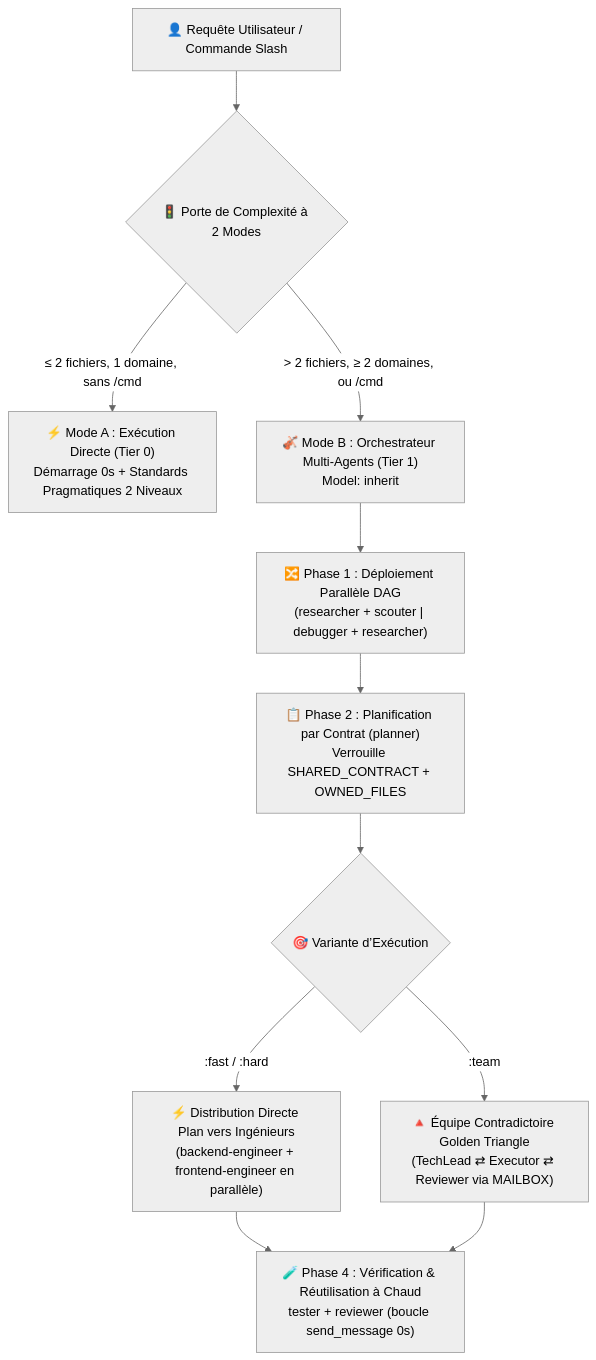
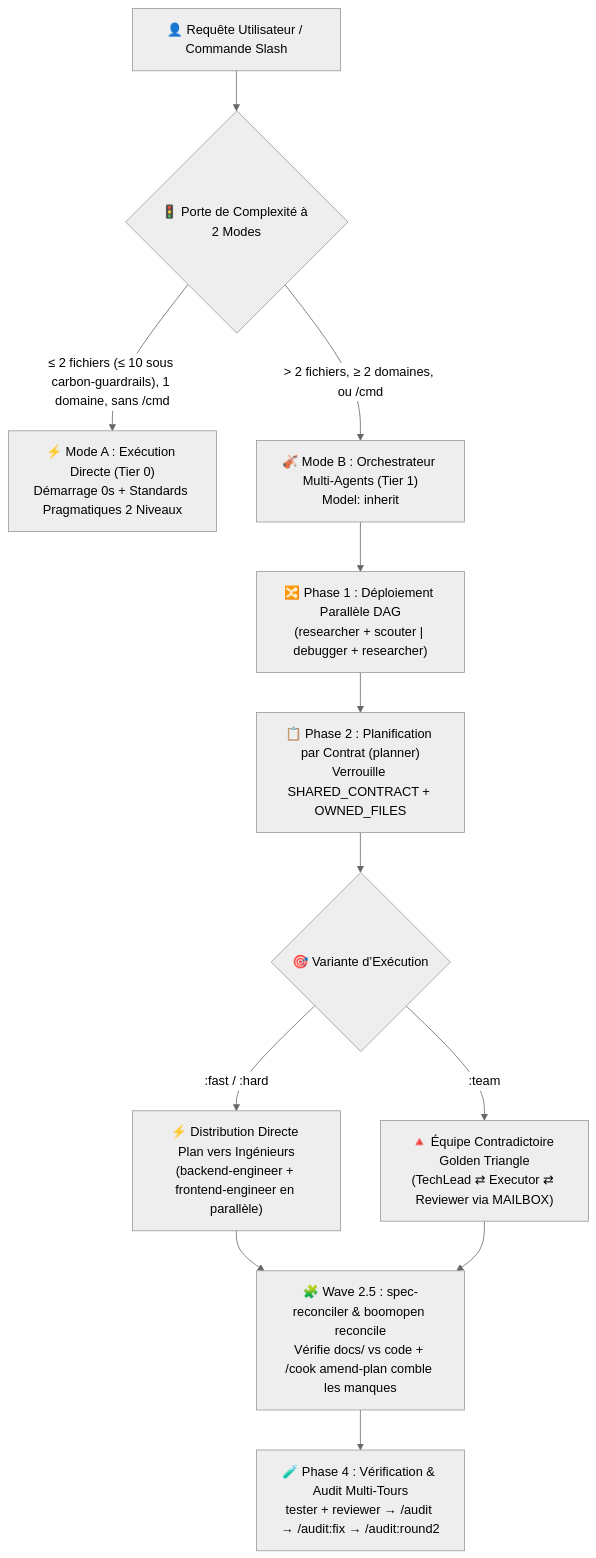
The diagram in i18n/README.fr.md (Kennyboom/BoomOpen-Workflow-Kit-Pro), drawn with Mermaid (neutral theme) before and after one commit. The commit also changed other lines of this file and 17 other files, not shown here.

Commit message:
docs(i18n): sync all 17 READMEs with v5.5 reconcile, /audit, carbon-guardrails & overnight /goal prompt

````diff
--- a/i18n/README.fr.md
+++ b/i18n/README.fr.md
@@ -49,16 +49,17 @@
 ```mermaid
 flowchart TD
     User["👤 Requête Utilisateur / Commande Slash"] --> Gate{"🚦 Porte de Complexité à 2 Modes"}
-    Gate -->|"≤ 2 fichiers, 1 domaine, sans /cmd"| ModeA["⚡ Mode A : Exécution Directe (Tier 0)<br/>Démarrage 0s + Standards Pragmatiques 2 Niveaux"]
+    Gate -->|"≤ 2 fichiers (≤ 10 sous carbon-guardrails), 1 domaine, sans /cmd"| ModeA["⚡ Mode A : Exécution Directe (Tier 0)<br/>Démarrage 0s + Standards Pragmatiques 2 Niveaux"]
     Gate -->|"> 2 fichiers, ≥ 2 domaines, ou /cmd"| ModeB["🎻 Mode B : Orchestrateur Multi-Agents (Tier 1)<br/>Model: inherit"]
 
     ModeB --> FanOut["🔀 Phase 1 : Déploiement Parallèle DAG<br/>(researcher + scouter | debugger + researcher)"]
     FanOut --> Plan["📋 Phase 2 : Planification par Contrat (planner)<br/>Verrouille SHARED_CONTRACT + OWNED_FILES"]
     Plan --> Dispatch{"🎯 Variante d’Exécution"}
 
     Dispatch -->|":fast / :hard"| Direct["⚡ Distribution Directe Plan vers Ingénieurs<br/>(backend-engineer + frontend-engineer en parallèle)"]
     Dispatch -->|":team"| Triangle["🔺 Équipe Contradictoire Golden Triangle<br/>(TechLead ⇄ Executor ⇄ Reviewer via MAILBOX)"]
 
-    Direct --> Verify["🧪 Phase 4 : Vérification & Réutilisation à Chaud<br/>tester + reviewer (boucle send_message 0s)"]
-    Triangle --> Verify
+    Direct --> Reconcile["🧩 Wave 2.5 : spec-reconciler & boomopen reconcile<br/>Vérifie docs/ vs code + /cook amend-plan comble les manques"]
+    Triangle --> Reconcile
+    Reconcile --> Verify["🧪 Phase 4 : Vérification & Audit Multi-Tours<br/>tester + reviewer → /audit → /audit:fix → /audit:round2"]
 ```
````
